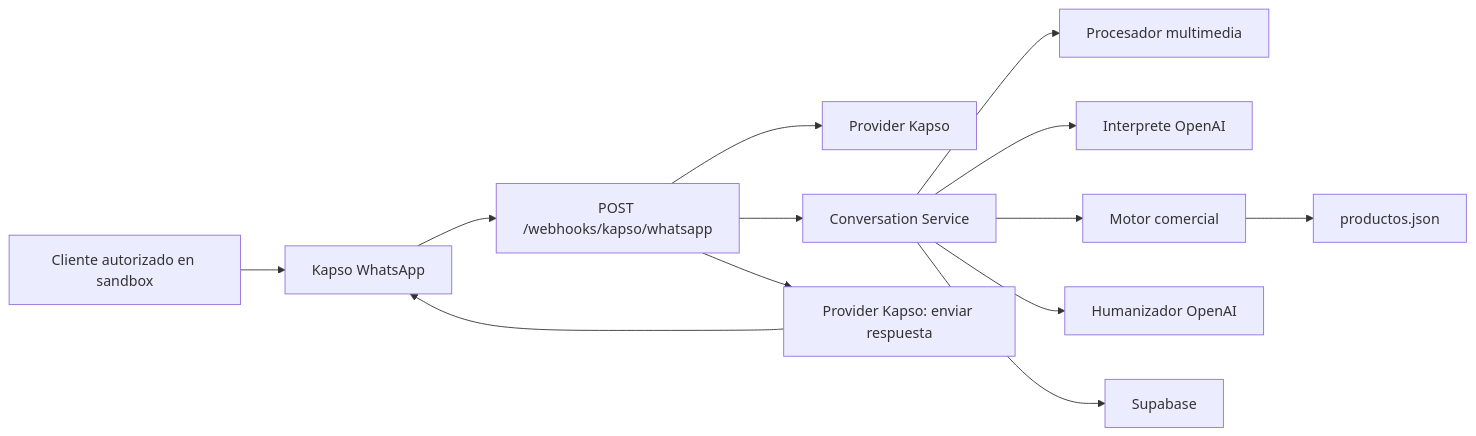
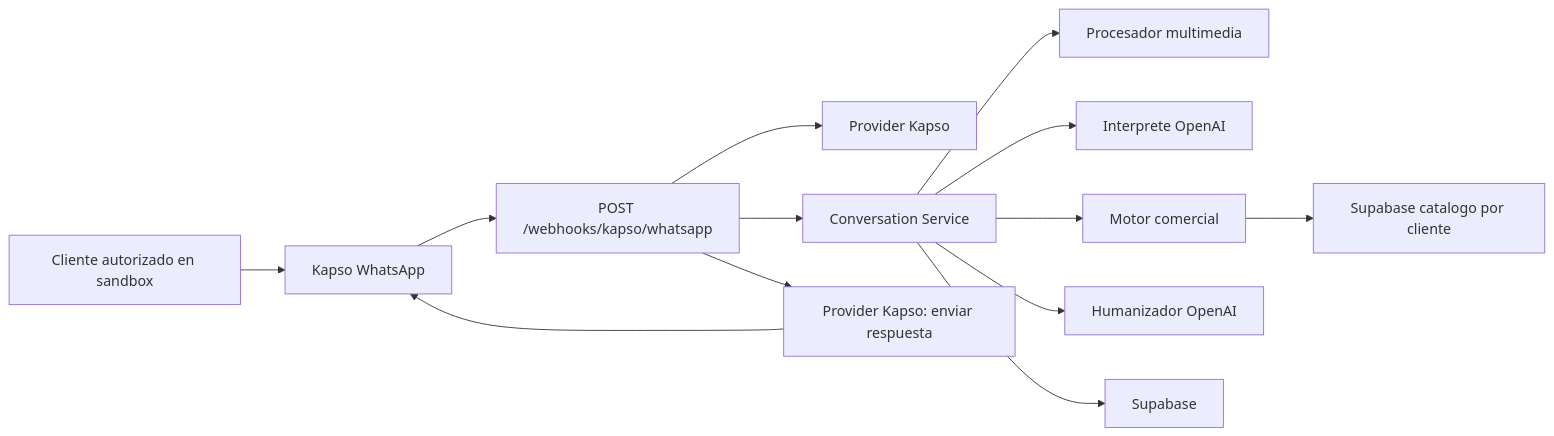
Before and after one commit to FGomezOspina/whatssappAI: the diagram in README.md, drawn with Mermaid. The commit also changed other lines of this file and 36 other files, not shown here.

````diff
--- a/README.md
+++ b/README.md
@@ -32,15 +35,15 @@
 ```mermaid
 flowchart LR
   A["Cliente autorizado en sandbox"] --> B["Kapso WhatsApp"]
   B --> C["POST /webhooks/kapso/whatsapp"]
   C --> D["Provider Kapso"]
   C --> E["Conversation Service"]
   E --> F["Procesador multimedia"]
   E --> G["Interprete OpenAI"]
   E --> H["Motor comercial"]
-  H --> I["productos.json"]
+  H --> I["Supabase catalogo por cliente"]
   E --> J["Humanizador OpenAI"]
   E --> K["Supabase"]
   C --> L["Provider Kapso: enviar respuesta"]
   L --> B
 ```
````
